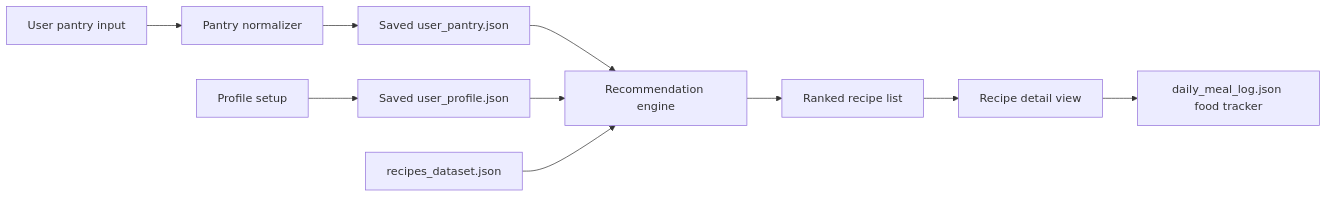
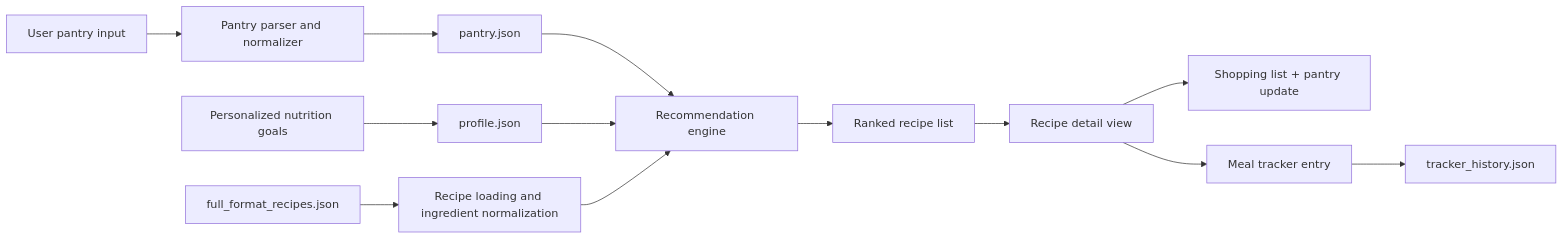
The diagram in mvp/report.md (sshahidi319/mae301-2026spring-team15), drawn with Mermaid before and after one commit. The commit also changed other lines of this file, not shown here.

Commit message:
Update System Design

````diff
--- a/mvp/report.md
+++ b/mvp/report.md
@@ -14,12 +21,19 @@
 ```mermaid
 flowchart LR
-    A["User pantry input"] --> B["Pantry normalizer"]
-    B --> C["Saved user_pantry.json"]
-    D["Profile setup"] --> E["Saved user_profile.json"]
-    C --> F["Recommendation engine"]
-    E --> F
-    G["recipes_dataset.json"] --> F
-    F --> H["Ranked recipe list"]
-    H --> I["Recipe detail view"]
-    I --> J["daily_meal_log.json food tracker"]
+    A["User pantry input"] --> B["Pantry parser and normalizer"]
+    B --> C["pantry.json"]
+
+    D["Personalized nutrition goals"] --> E["profile.json"]
+
+    F["full_format_recipes.json"] --> G["Recipe loading and ingredient normalization"]
+    C --> H["Recommendation engine"]
+    E --> H
+    G --> H
+
+    H --> I["Ranked recipe list"]
+    I --> J["Recipe detail view"]
+    J --> K["Shopping list + pantry update"]
+    J --> L["Meal tracker entry"]
+    L --> M["tracker_history.json"]
+
 ```
````
